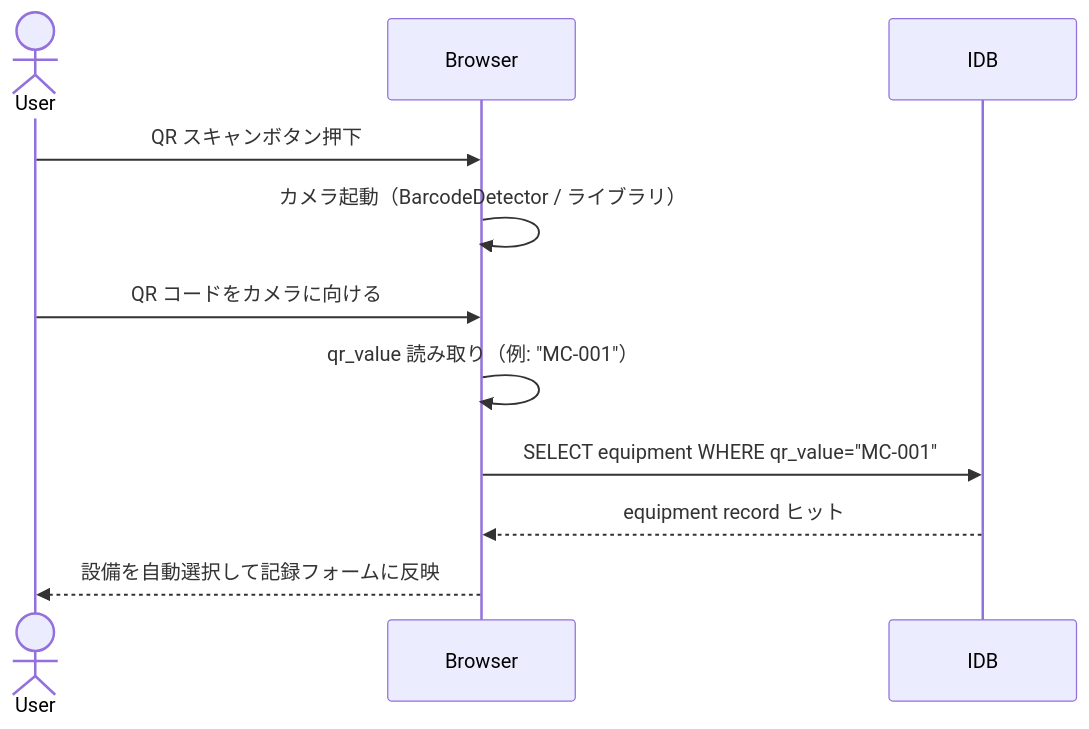
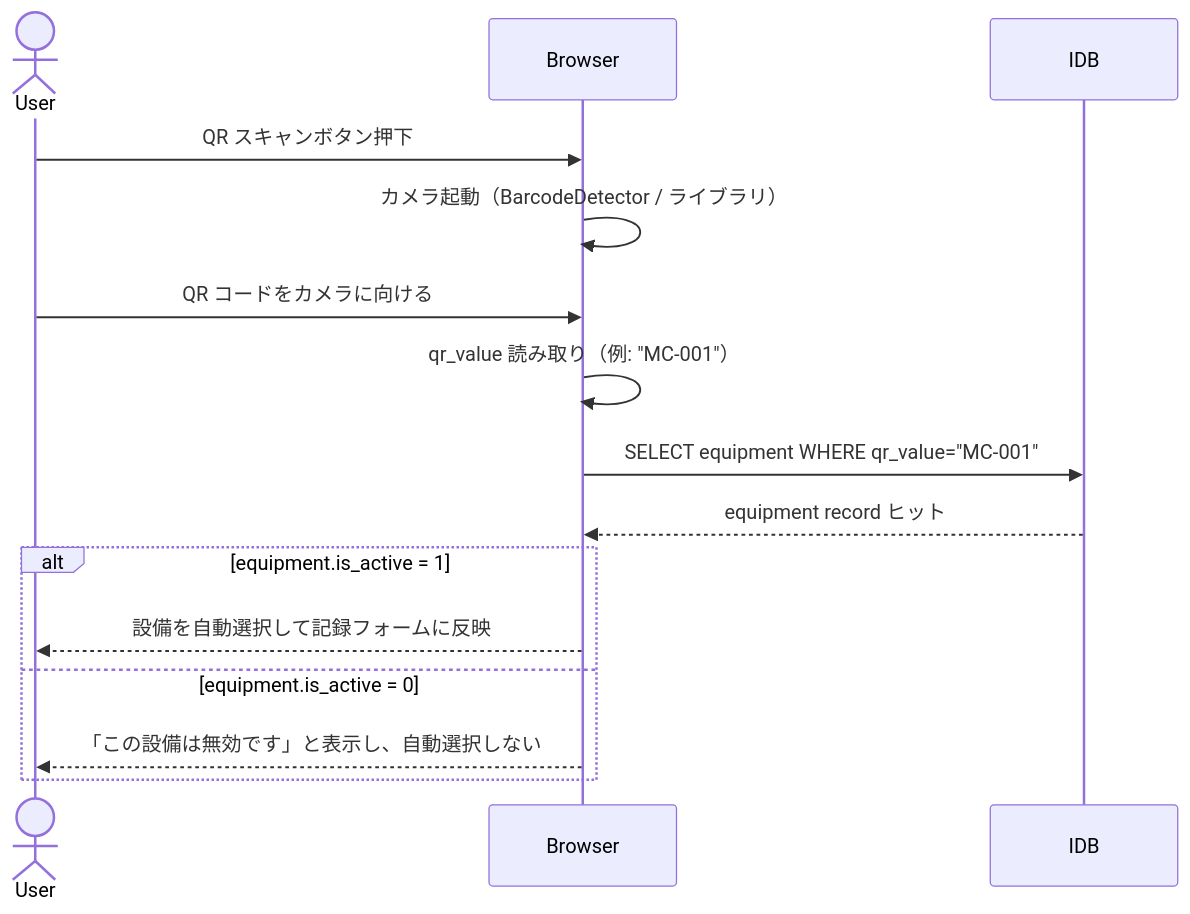
One commit to garyohosu/worklog-pwa changed diagram 13 of 24 in SEQUENCE.md. Above: the diagram before and after it, drawn with Mermaid. The commit also changed other lines of this file and 2 other files, not shown here.

Commit message:
docs: align sequence flows with sync rules

````diff
--- a/SEQUENCE.md
+++ b/SEQUENCE.md
@@ -325,14 +328,18 @@
 ```mermaid
 sequenceDiagram
   actor User
   participant Browser
   participant IDB
 
   User->>Browser: QR スキャンボタン押下
   Browser->>Browser: カメラ起動（BarcodeDetector / ライブラリ）
   User->>Browser: QR コードをカメラに向ける
   Browser->>Browser: qr_value 読み取り（例: "MC-001"）
   Browser->>IDB: SELECT equipment WHERE qr_value="MC-001"
   IDB-->>Browser: equipment record ヒット
-  Browser-->>User: 設備を自動選択して記録フォームに反映
+  alt equipment.is_active = 1
+    Browser-->>User: 設備を自動選択して記録フォームに反映
+  else equipment.is_active = 0
+    Browser-->>User: 「この設備は無効です」と表示し、自動選択しない
+  end
 ```
````
